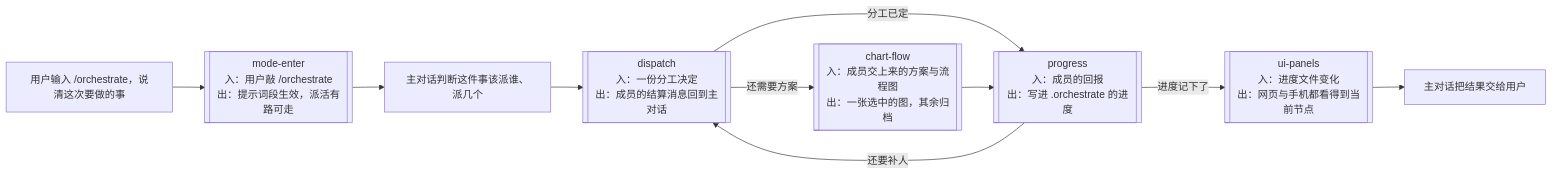
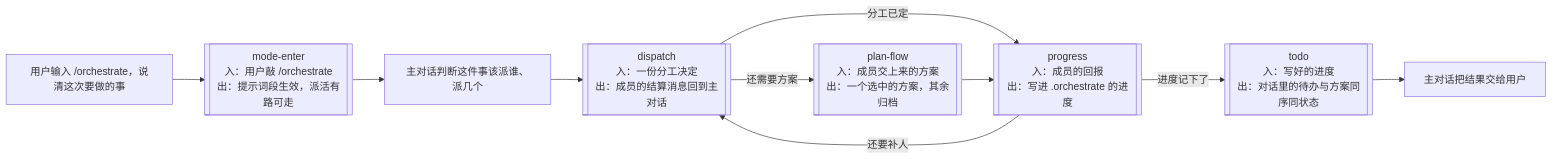
The diagram in .spec/flows/overview.md (LMQ00/dsh-method), drawn with Mermaid before and after one commit. The commit also changed other lines of this file and 14 other files, not shown here.

First line of the commit message:
feat!: 去掉面板、手机镜像与「图」的说法，方案只以数据存在

````diff
--- a/.spec/flows/overview.md
+++ b/.spec/flows/overview.md
@@ -5,20 +5,20 @@
 ```mermaid
 flowchart LR
   n1["用户输入 /orchestrate，说清这次要做的事"]
   n2[["mode-enter<br/>入：用户敲 /orchestrate<br/>出：提示词段生效，派活有路可走"]]
   n3["主对话判断这件事该派谁、派几个"]
   n4[["dispatch<br/>入：一份分工决定<br/>出：成员的结算消息回到主对话"]]
-  n5[["chart-flow<br/>入：成员交上来的方案与流程图<br/>出：一张选中的图，其余归档"]]
+  n5[["plan-flow<br/>入：成员交上来的方案<br/>出：一个选中的方案，其余归档"]]
   n6[["progress<br/>入：成员的回报<br/>出：写进 .orchestrate 的进度"]]
-  n7[["ui-panels<br/>入：进度文件变化<br/>出：网页与手机都看得到当前节点"]]
+  n7[["todo<br/>入：写好的进度<br/>出：对话里的待办与方案同序同状态"]]
   n8["主对话把结果交给用户"]
   n1 --> n2
   n2 --> n3
   n3 --> n4
   n4 -->|还需要方案| n5
   n4 -->|分工已定| n6
   n5 --> n6
   n6 -->|还要补人| n4
   n6 -->|进度记下了| n7
   n7 --> n8
 ```
````
